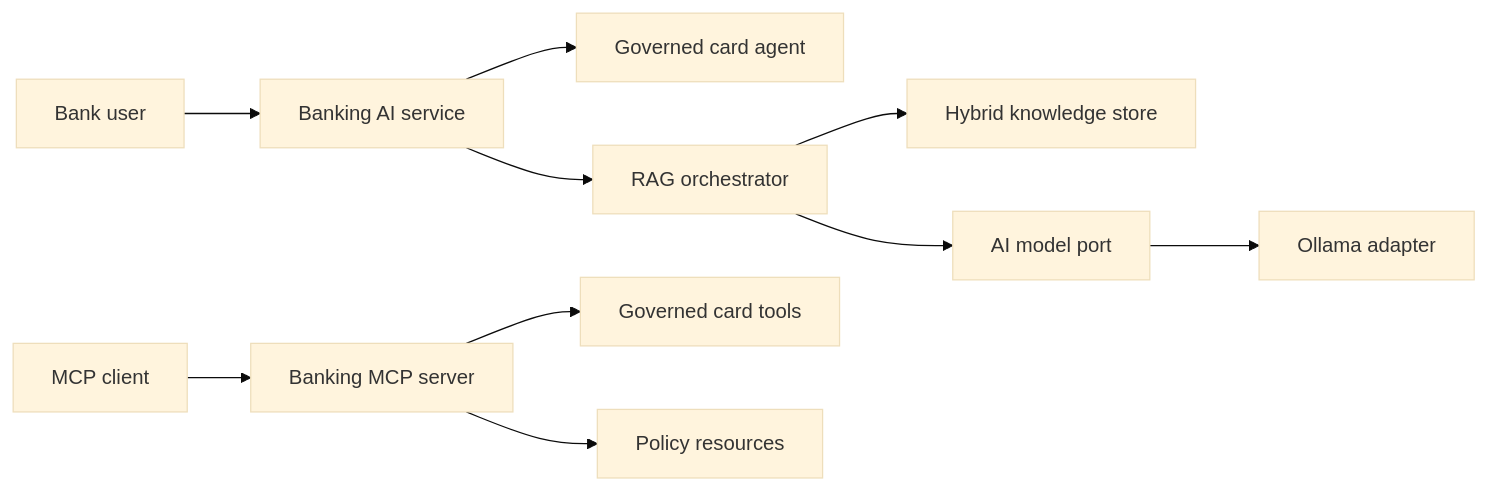
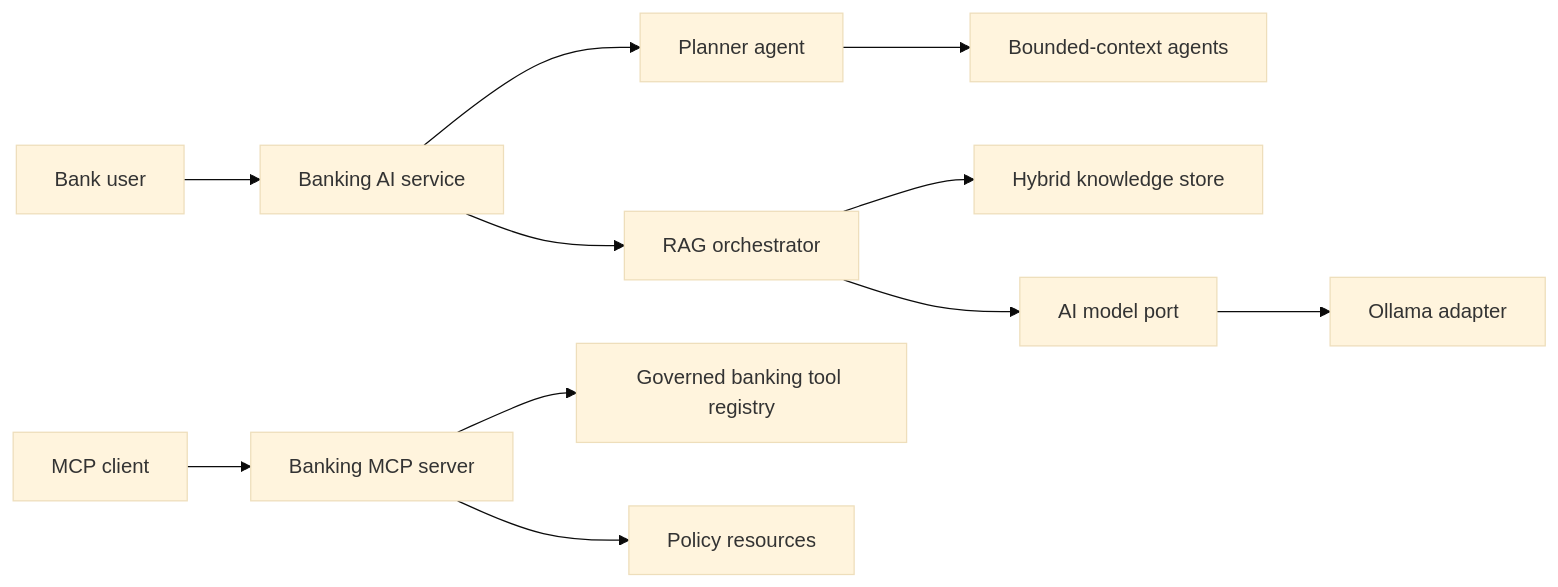
One commit to rawalpuneet1209/enterprise-ai-platform changed the diagram in docs/architecture.md. Above: the diagram before and after it, drawn with Mermaid (base theme). The commit also changed other lines of this file and 67 other files, not shown here.

````diff
--- a/docs/architecture.md
+++ b/docs/architecture.md
@@ -3,12 +3,13 @@
 ```mermaid
 flowchart LR
   User[Bank user] --> API[Banking AI service]
-  API --> Agent[Governed card agent]
+  API --> Planner[Planner agent]
+  Planner --> Agent[Bounded-context agents]
   API --> RAG[RAG orchestrator]
   RAG --> Search[Hybrid knowledge store]
   RAG --> Model[AI model port]
   Model --> Ollama[Ollama adapter]
   MCP[MCP client] --> MCPServer[Banking MCP server]
-  MCPServer --> Tools[Governed card tools]
+  MCPServer --> Tools[Governed banking tool registry]
   MCPServer --> Resources[Policy resources]
 ```
````
